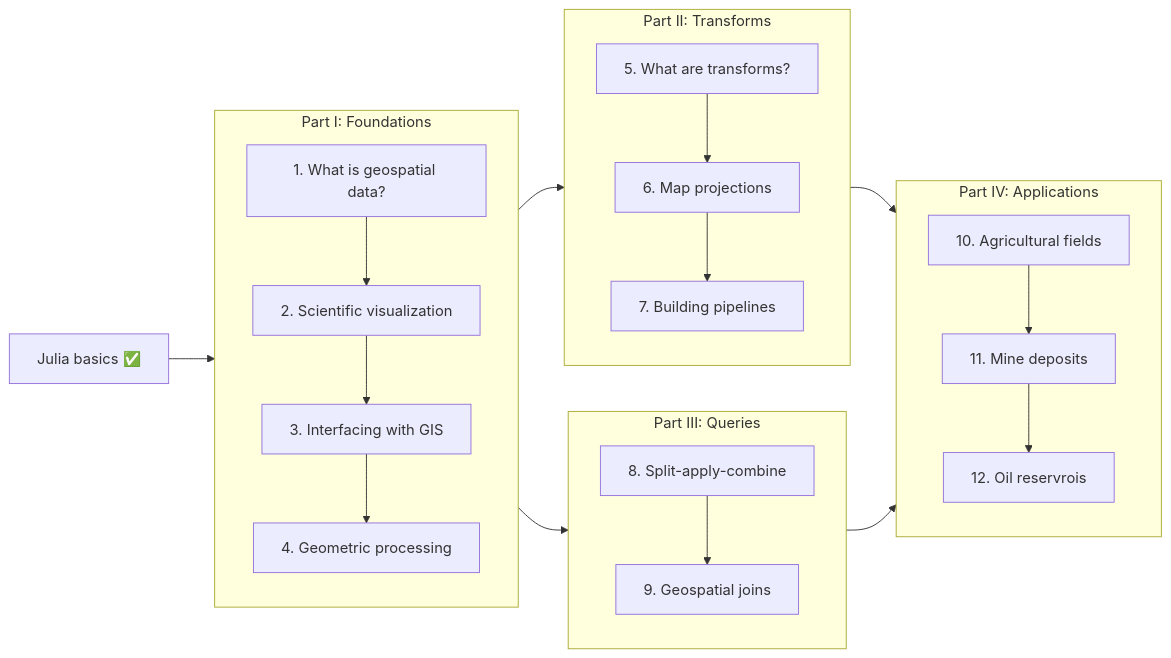
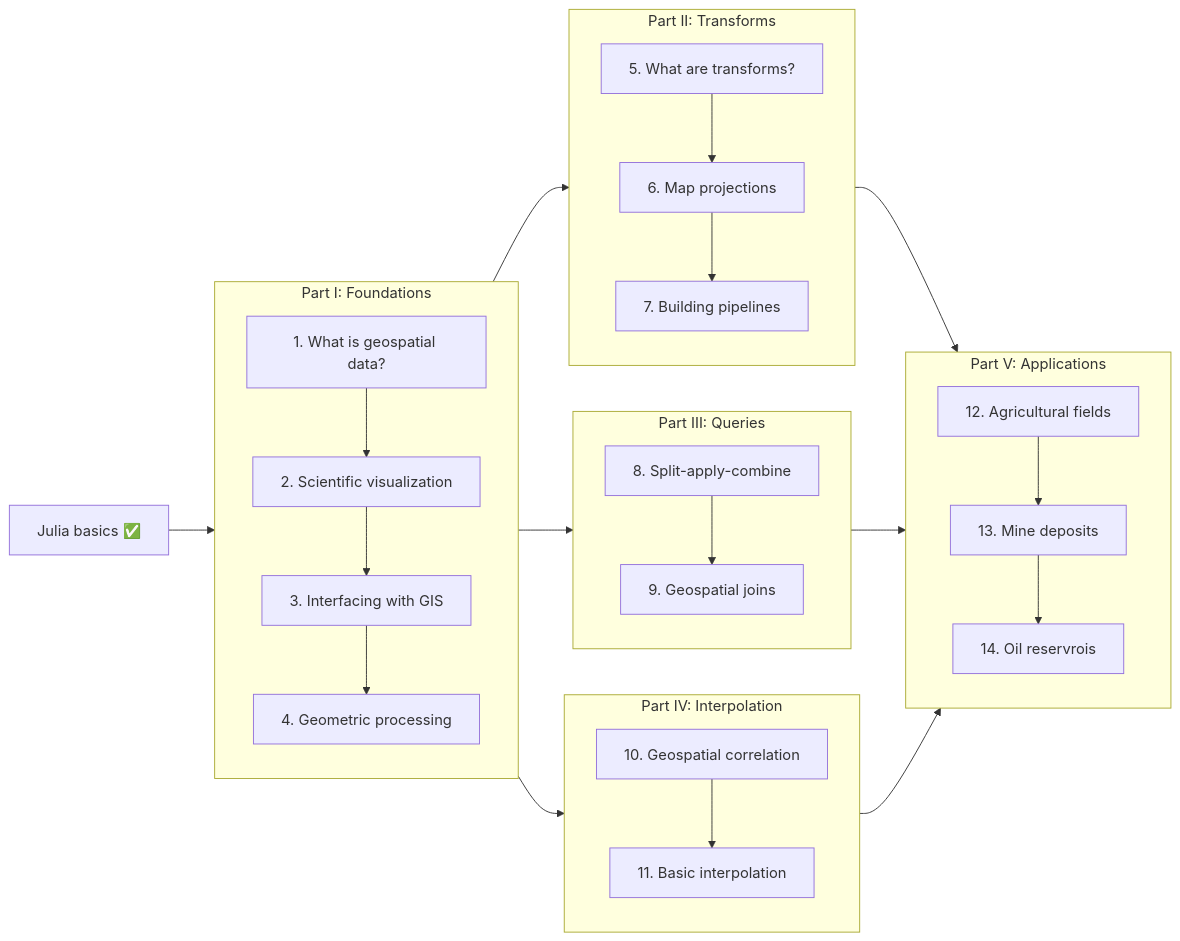
The diagram in preface.qmd (JuliaEarth/geospatial-data-science-with-julia), drawn with Mermaid before and after one commit. The commit also changed other lines of this file and 6 other files, not shown here.

````diff
--- a/preface.qmd
+++ b/preface.qmd
@@ -51,36 +51,43 @@
 ```{mermaid}
 flowchart LR
   preread["Julia basics ✅"] --> partI
   subgraph partI["Part I: Foundations"]
     chapter1["1. What is geospatial data?"]
     chapter2["2. Scientific visualization"]
     chapter3["3. Interfacing with GIS"]
     chapter4["4. Geometric processing"]
     chapter1 --> chapter2
     chapter2 --> chapter3
     chapter3 --> chapter4
   end
   subgraph partII["Part II: Transforms"]
     chapter5["5. What are transforms?"]
     chapter6["6. Map projections"]
     chapter7["7. Building pipelines"]
     chapter5 --> chapter6
     chapter6 --> chapter7
   end
   subgraph partIII["Part III: Queries"]
     chapter8["8. Split-apply-combine"]
     chapter9["9. Geospatial joins"]
     chapter8 --> chapter9
   end
-  subgraph partIV["Part IV: Applications"]
-    chapter10["10. Agricultural fields"]
-    chapter11["11. Mine deposits"]
-    chapter12["12. Oil reservrois"]
+  subgraph partIV["Part IV: Interpolation"]
+    chapter10["10. Geospatial correlation"]
+    chapter11["11. Basic interpolation"]
     chapter10 --> chapter11
-    chapter11 --> chapter12
+  end
+  subgraph partV["Part V: Applications"]
+    chapter12["12. Agricultural fields"]
+    chapter13["13. Mine deposits"]
+    chapter14["14. Oil reservrois"]
+    chapter12 --> chapter13
+    chapter13 --> chapter14
   end
   partI --> partII
   partI --> partIII
-  partII --> partIV
-  partIII --> partIV
+  partI --> partIV
+  partII --> partV
+  partIII --> partV
+  partIV --> partV
 ```
````
